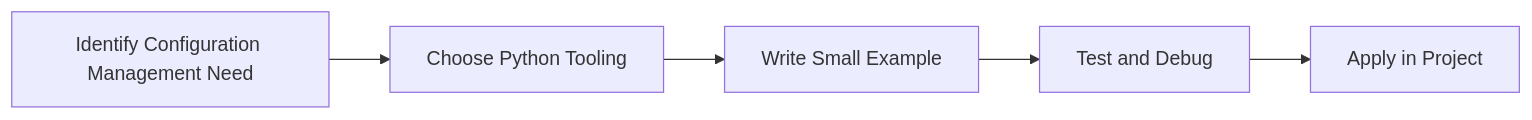
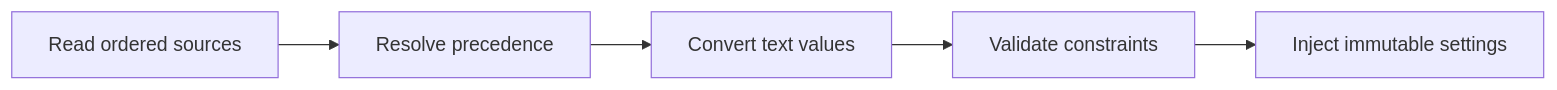
One commit to SYMOIZ/E-Learning-Portal changed the diagram in Python-Mastery/Intermediate/19-configuration-management.md. Above: the diagram before and after it, drawn with Mermaid. The commit also changed other lines of this file and 116 other files, not shown here.

````diff
--- a/Python-Mastery/Intermediate/19-configuration-management.md
+++ b/Python-Mastery/Intermediate/19-configuration-management.md
@@ -131,7 +166,7 @@
 ```mermaid
 flowchart LR
-    A[Identify Configuration Management Need] --> B[Choose Python Tooling]
-    B --> C[Write Small Example]
-    C --> D[Test and Debug]
-    D --> E[Apply in Project]
+    A[Read ordered sources] --> B[Resolve precedence]
+    B --> C[Convert text values]
+    C --> D[Validate constraints]
+    D --> E[Inject immutable settings]
 ```
````
